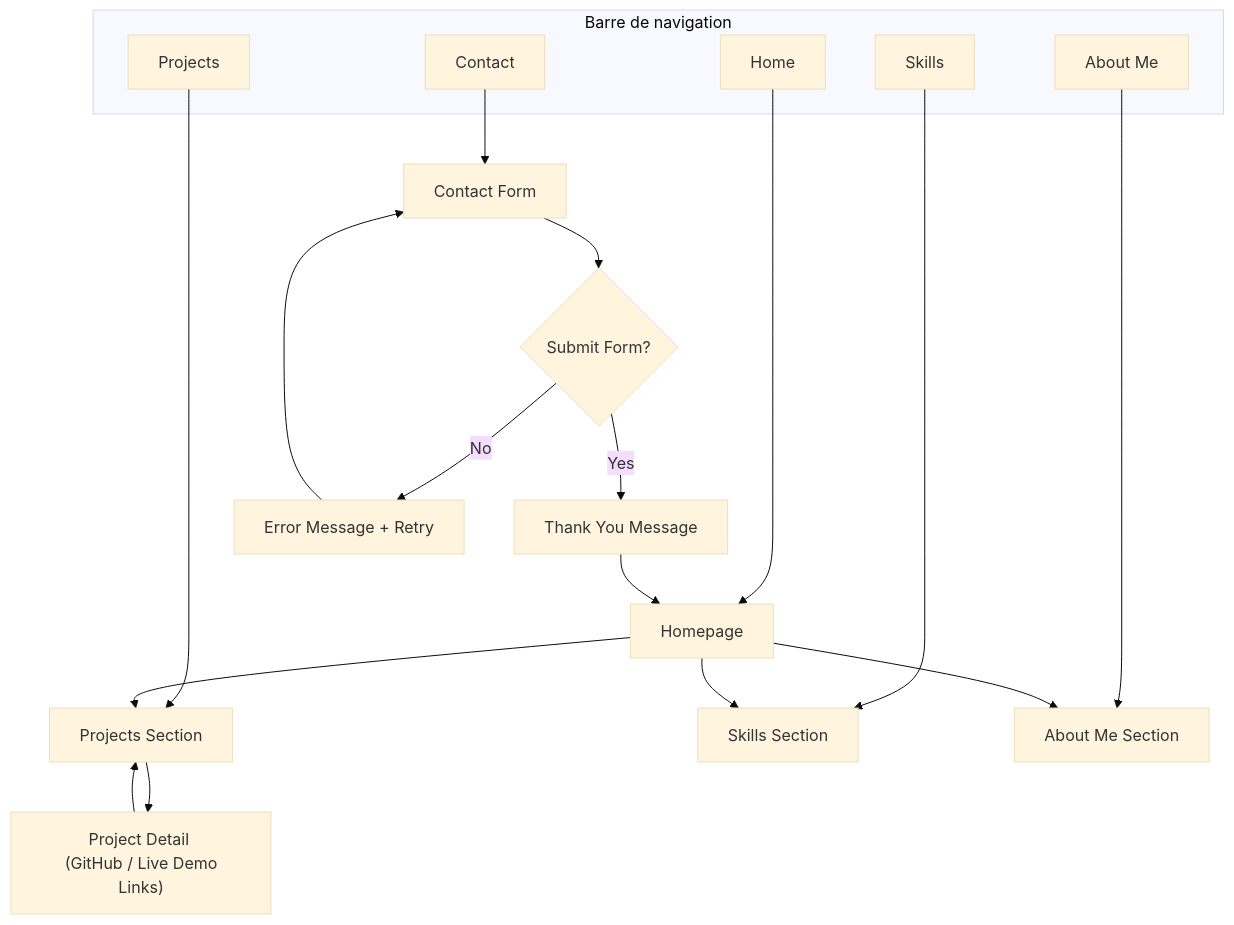
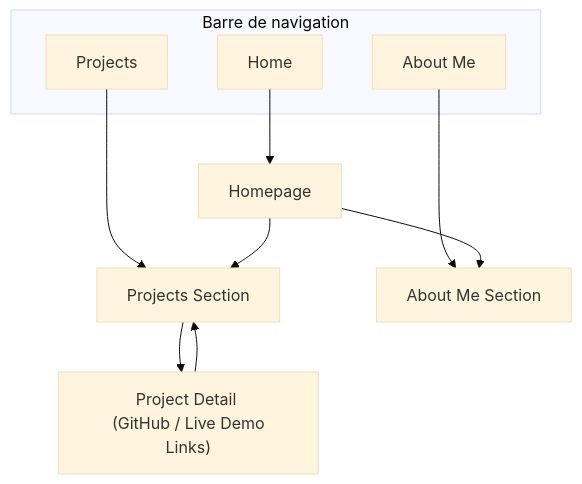
The diagram in Conseptoin/Conception.mmd (ayoub21dev/Portfolio), drawn with Mermaid (base theme) before and after one commit. The commit also changed 3 other files, not shown here.

Commit message:
update(diagrame)

```diff
--- a/Conseptoin/Conception.mmd
+++ b/Conseptoin/Conception.mmd
@@ -1,34 +1,21 @@
 flowchart TD
 
     subgraph NavBar [Barre de navigation]
         NavA[Home]
         NavB[Projects]
-        NavC[Skills]
         NavD[About Me]
-        NavE[Contact]
     end
 
     PageA[Homepage]
     PageB[Projects Section]
-    PageC[Skills Section]
     PageD[About Me Section]
-    PageE[Contact Form]
 
     NavA --> PageA
     NavB --> PageB
-    NavC --> PageC
     NavD --> PageD
-    NavE --> PageE
 
     PageA --> PageB
-    PageA --> PageC
     PageA --> PageD
     
     PageB --> P["Project Detail <br/> (GitHub / Live Demo Links)"]
-    P --> PageB 
-    
-    PageE --> S{Submit Form?}
-    S -- Yes --> TY[Thank You Message]
-    S -- No --> ERR[Error Message + Retry]
-    ERR --> PageE
-    TY --> PageA
+    P --> PageB
```
